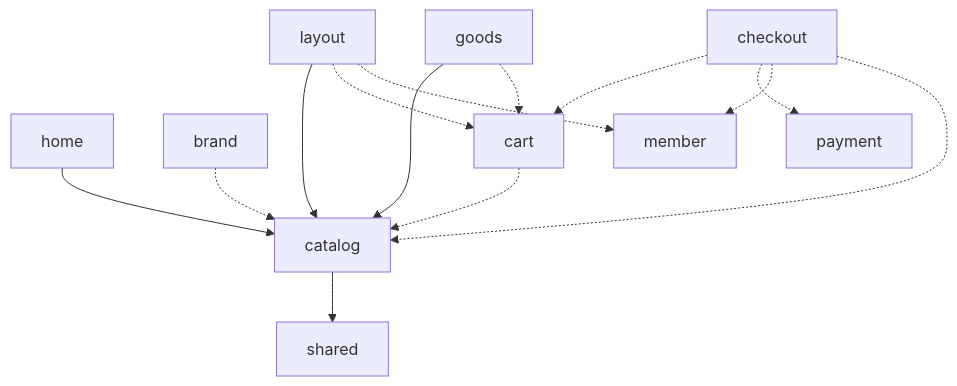
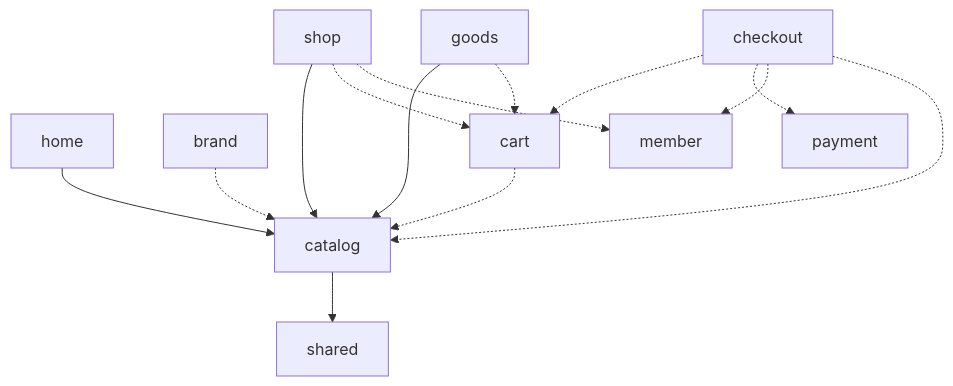
The diagram in docs/adr/0006-domain-dependency-map.md (zach0627/momo-shop-work), drawn with Mermaid before and after one commit. The commit also changed other lines of this file and 9 other files, not shown here.

````diff
--- a/docs/adr/0006-domain-dependency-map.md
+++ b/docs/adr/0006-domain-dependency-map.md
@@ -31,16 +31,16 @@
 ```mermaid
 graph TD
-  layout --> catalog
+  shop --> catalog
   home --> catalog
   goods --> catalog
   brand -.-> catalog
   cart -.-> catalog
   goods -.-> cart
-  layout -.-> cart
-  layout -.-> member
+  shop -.-> cart
+  shop -.-> member
   checkout -.-> cart
   checkout -.-> payment
   checkout -.-> member
   checkout -.-> catalog
   catalog --> shared
 ```
````
